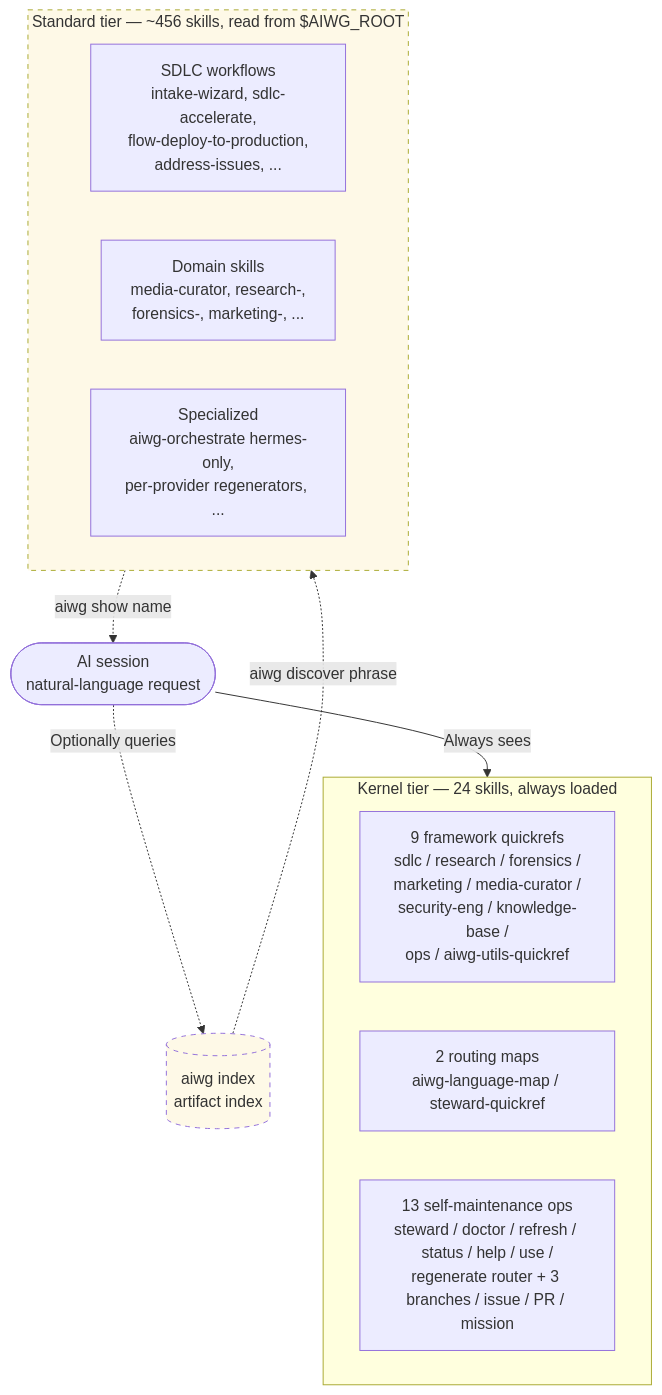
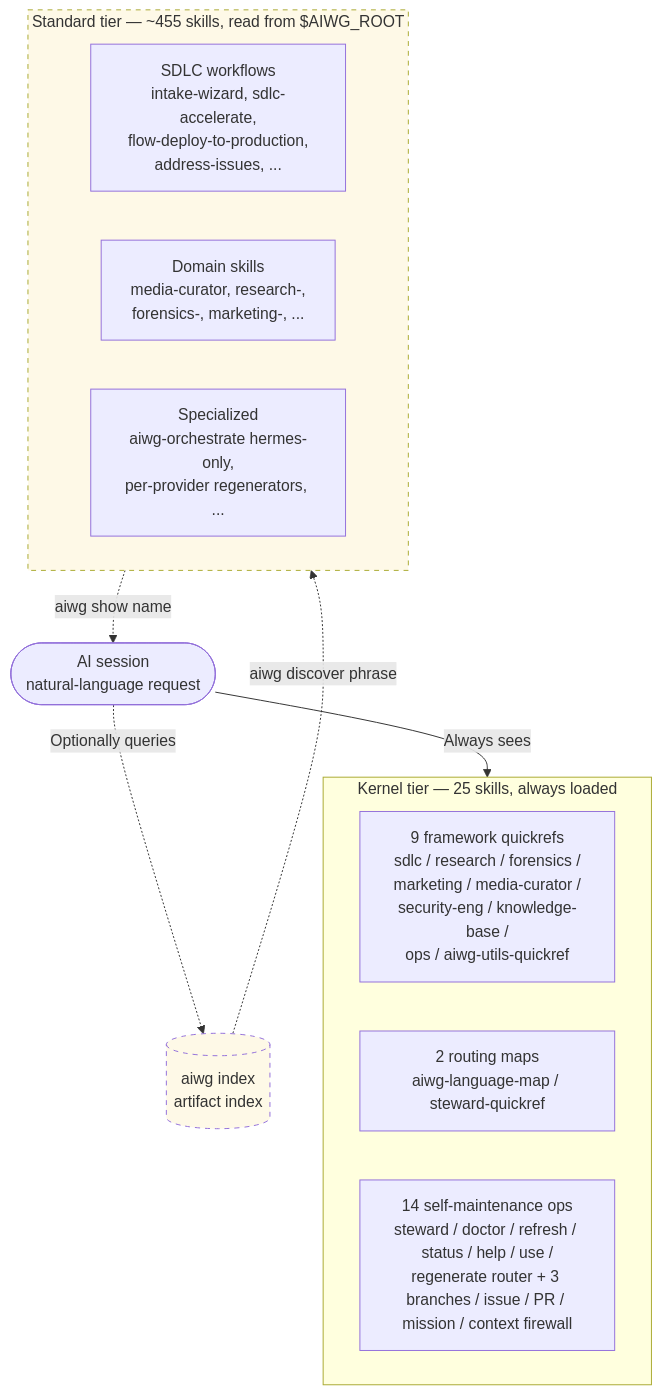
The second of 8 diagrams in docs/architecture-overview.md (jmagly/ai-writing-guide), drawn with Mermaid before and after one commit. The commit also changed other lines of this file and 35 other files, not shown here.

Commit message:
feat(cli): add public context firewall workflow (#2067)

````diff
--- a/docs/architecture-overview.md
+++ b/docs/architecture-overview.md
@@ -75,27 +75,27 @@
 ```mermaid
 flowchart TB
-  subgraph KERNEL["Kernel tier — 24 skills, always loaded"]
+  subgraph KERNEL["Kernel tier — 25 skills, always loaded"]
     direction LR
     K1[9 framework quickrefs<br/>sdlc / research / forensics /<br/>marketing / media-curator /<br/>security-eng / knowledge-base /<br/>ops / aiwg-utils-quickref]
     K2[2 routing maps<br/>aiwg-language-map / steward-quickref]
-    K3[13 self-maintenance ops<br/>steward / doctor / refresh / status / help / use /<br/>regenerate router + 3 branches / issue / PR / mission]
+    K3[14 self-maintenance ops<br/>steward / doctor / refresh / status / help / use /<br/>regenerate router + 3 branches / issue / PR / mission / context firewall]
   end
 
-  subgraph STANDARD["Standard tier — ~456 skills, read from $AIWG_ROOT"]
+  subgraph STANDARD["Standard tier — ~455 skills, read from $AIWG_ROOT"]
     direction LR
     S1[SDLC workflows<br/>intake-wizard, sdlc-accelerate,<br/>flow-deploy-to-production,<br/>address-issues, ...]
     S2[Domain skills<br/>media-curator, research-,<br/>forensics-, marketing-, ...]
     S3[Specialized<br/>aiwg-orchestrate hermes-only,<br/>per-provider regenerators, ...]
   end
 
   AGENT([AI session<br/>natural-language request])
 
   AGENT -->|Always sees| KERNEL
   AGENT -.->|Optionally queries| INDEX[(aiwg index<br/>artifact index)]
   INDEX -.->|aiwg discover phrase| STANDARD
   STANDARD -.->|aiwg show name| AGENT
 
   classDef optional stroke-dasharray: 5 5,fill:#fef9e7
   class INDEX optional
   class STANDARD optional
 ```
````
